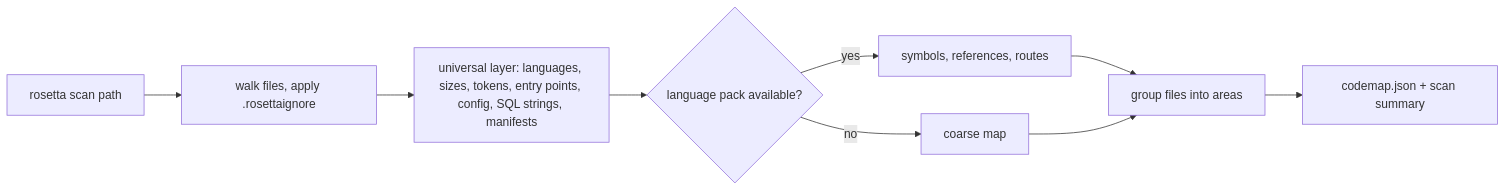
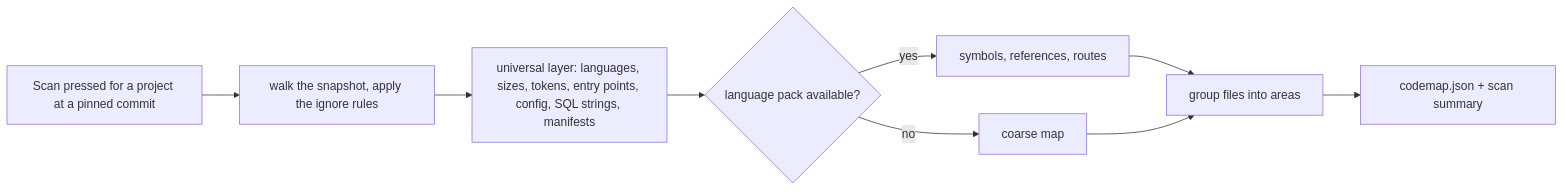
Before and after one commit to blacklight0101/Rosetta: the third of 4 diagrams in docs/rfc/RFC-001-rosetta.md, drawn with Mermaid. The commit also changed other lines of this file and 33 other files, not shown here.

````diff
--- a/docs/rfc/RFC-001-rosetta.md
+++ b/docs/rfc/RFC-001-rosetta.md
@@ -214,11 +214,11 @@
 ```mermaid
 flowchart LR
-  A[rosetta scan path] --> B[walk files, apply .rosettaignore]
+  A[Scan pressed for a project at a pinned commit] --> B[walk the snapshot, apply the ignore rules]
   B --> C[universal layer: languages, sizes, tokens, entry points, config, SQL strings, manifests]
   C --> D{language pack available?}
   D -- yes --> E[symbols, references, routes]
   D -- no --> F[coarse map]
   E --> G[group files into areas]
   F --> G
   G --> H[codemap.json + scan summary]
 ```
````
